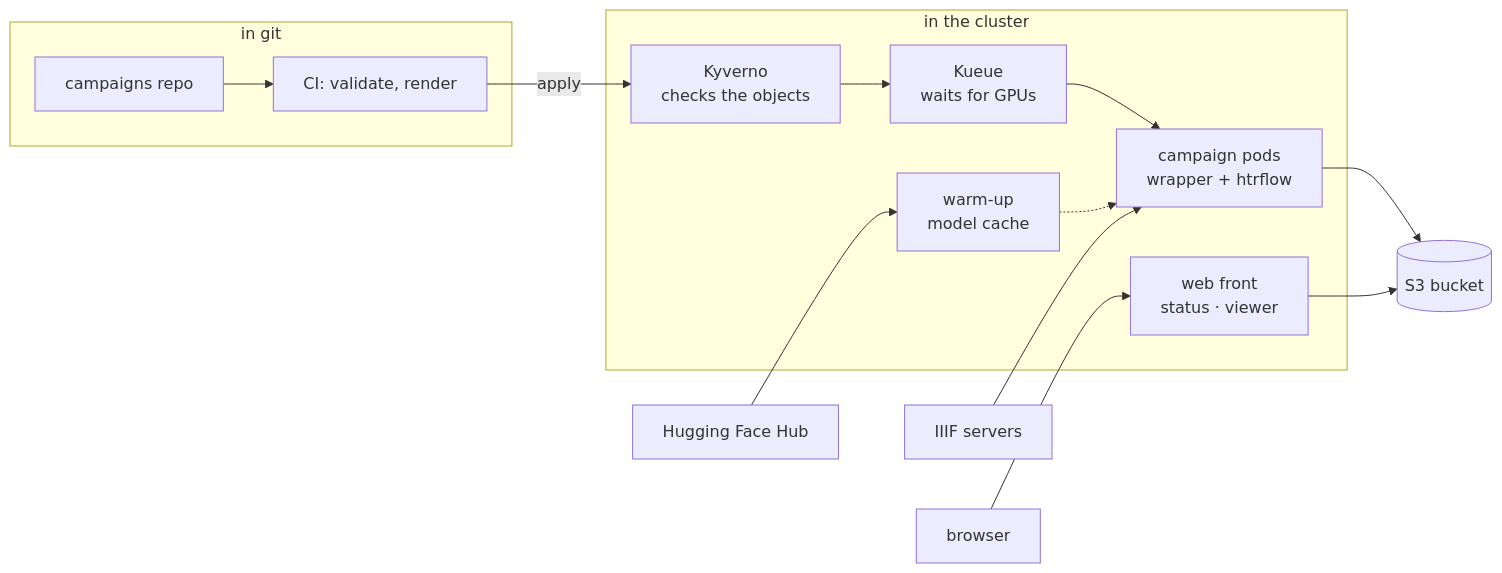
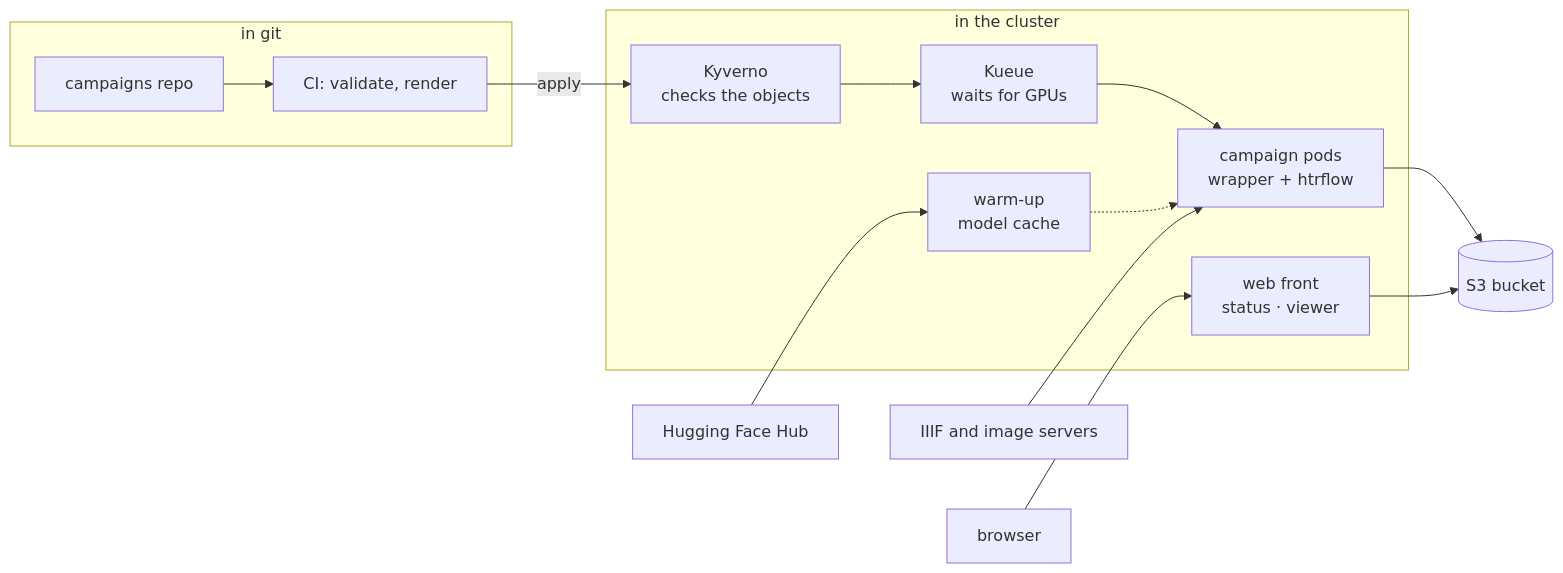
Before and after one commit to AI-Riksarkivet/htrflow-batch: the first of 10 diagrams in docs/slides/part-1-from-one-folder-to-the-archive.md, drawn with Mermaid. The commit also changed other lines of this file and 2 other files, not shown here.

Commit message:
docs(slides): pages come from a IIIF manifest or plain image URLs
Claude-Session: https://claude.ai/code/session_01HGkpuggZmaB7oiGwzxD1JG

````diff
--- a/docs/slides/part-1-from-one-folder-to-the-archive.md
+++ b/docs/slides/part-1-from-one-folder-to-the-archive.md
@@ -99,21 +99,21 @@
 ```mermaid h:470
 flowchart LR
   subgraph GIT["in git"]
     REPO["campaigns repo"] --> CI["CI: validate, render"]
   end
-  IIIF["IIIF servers"]
+  IIIF["IIIF and image servers"]
   HUB["Hugging Face Hub"]
   YOU["browser"]
   subgraph K8S["in the cluster"]
     KYV["Kyverno<br/>checks the objects"] --> KUE["Kueue<br/>waits for GPUs"] --> JOB["campaign pods<br/>wrapper + htrflow"]
     WARM["warm-up<br/>model cache"] -.-> JOB
     WEB["web front<br/>status · viewer"]
   end
   S3[("S3 bucket")]
   CI -->|"apply"| KYV
   IIIF --> JOB
   HUB --> WARM
   YOU --> WEB
   JOB --> S3
   WEB --> S3
 ```
````
